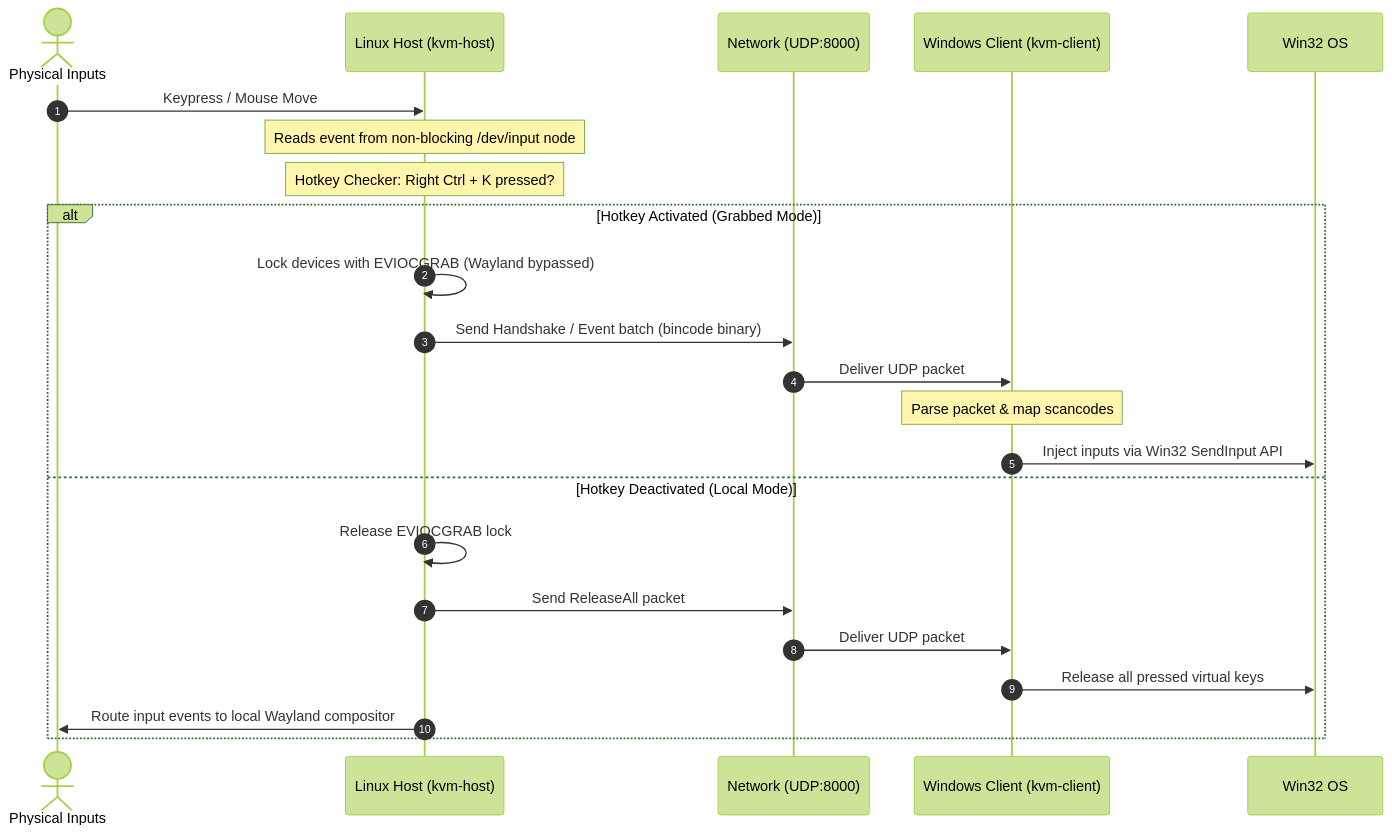
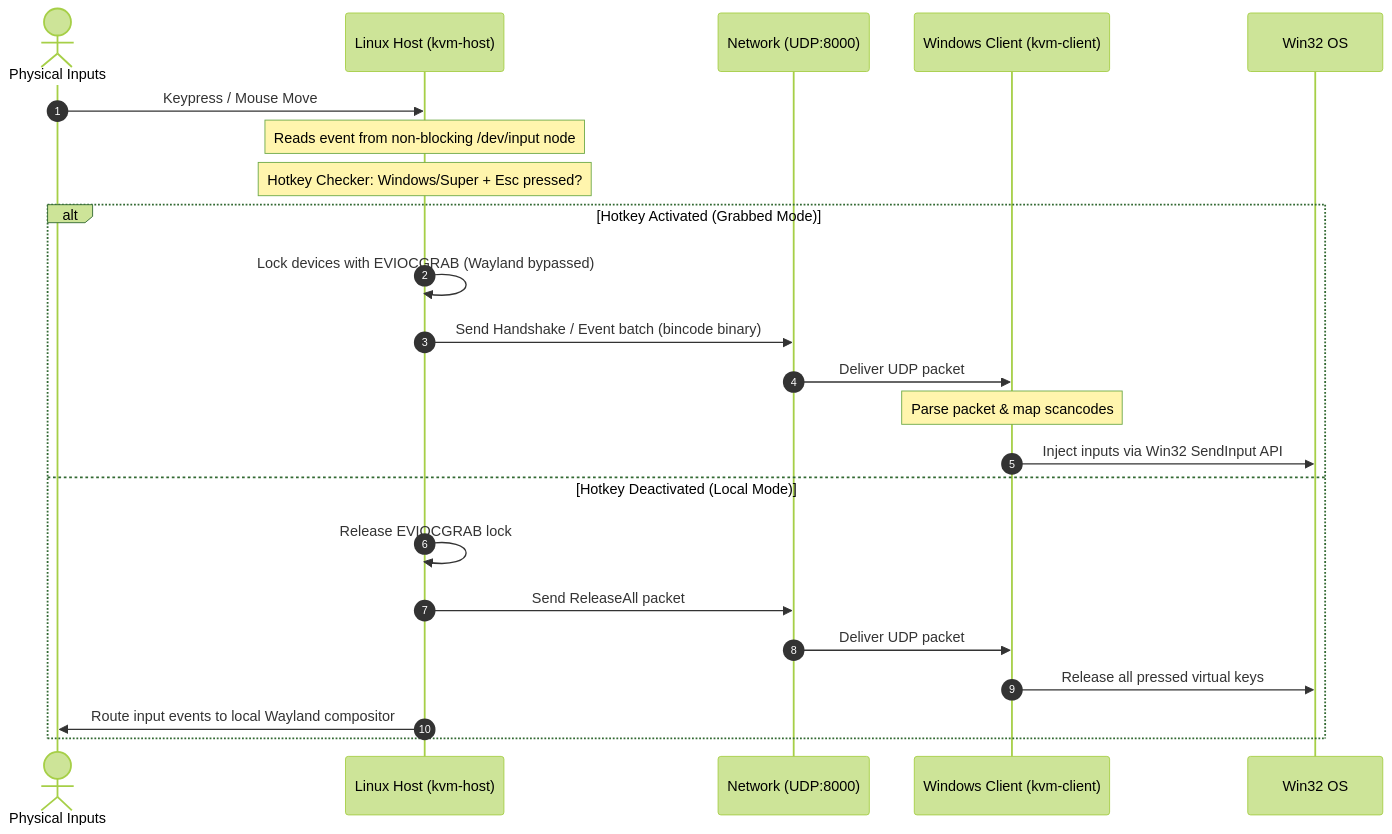
One commit to MSpider3/WayKVM changed the diagram in README.md. Above: the diagram before and after it, drawn with Mermaid (forest theme). The commit also changed other lines of this file and 3 other files, not shown here.

````diff
--- a/README.md
+++ b/README.md
@@ -26,26 +26,26 @@
 ```mermaid
 sequenceDiagram
     autonumber
     actor User as Physical Inputs
     participant Host as Linux Host (kvm-host)
     participant Net as Network (UDP:8000)
     participant Client as Windows Client (kvm-client)
     participant OS as Win32 OS
 
     User->>Host: Keypress / Mouse Move
     Note over Host: Reads event from non-blocking /dev/input node
-    Note over Host: Hotkey Checker: Right Ctrl + K pressed?
+    Note over Host: Hotkey Checker: Windows/Super + Esc pressed?
     alt Hotkey Activated (Grabbed Mode)
         Host->>Host: Lock devices with EVIOCGRAB (Wayland bypassed)
         Host->>Net: Send Handshake / Event batch (bincode binary)
         Net->>Client: Deliver UDP packet
         Note over Client: Parse packet & map scancodes
         Client->>OS: Inject inputs via Win32 SendInput API
     else Hotkey Deactivated (Local Mode)
         Host->>Host: Release EVIOCGRAB lock
         Host->>Net: Send ReleaseAll packet
         Net->>Client: Deliver UDP packet
         Client->>OS: Release all pressed virtual keys
         Host->>User: Route input events to local Wayland compositor
     end
 ```
````
